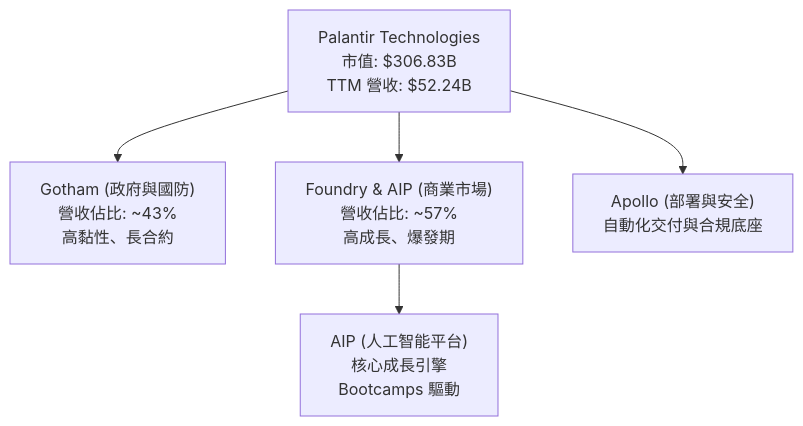
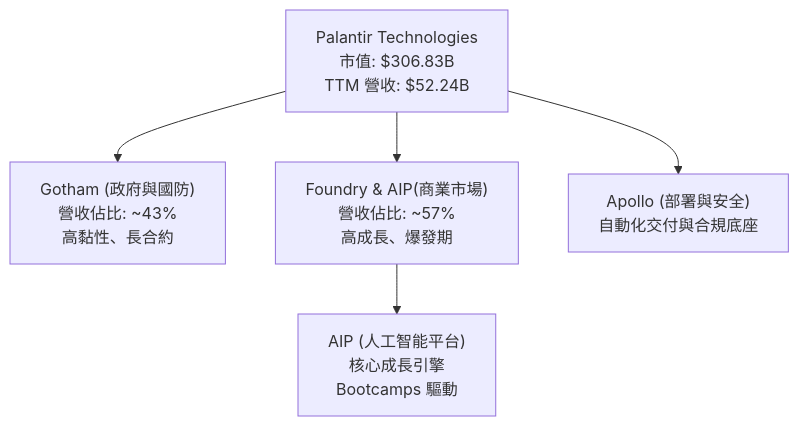
One commit to yennanliu/finance_data changed the second of 10 diagrams in ai_gen_report/stock/pltr/fundamental_analysis_2026-06-14_gemini.md. Above: the diagram before and after it, drawn with Mermaid. The commit also changed 2258 other files, not shown here.

First line of the commit message:
chore: backfill Mermaid syntax repair across existing reports

````diff
--- a/ai_gen_report/stock/pltr/fundamental_analysis_2026-06-14_gemini.md
+++ b/ai_gen_report/stock/pltr/fundamental_analysis_2026-06-14_gemini.md
@@ -139,13 +139,13 @@
 ```mermaid
 graph TD
     PLTR["Palantir Technologies<br/>市值: $306.83B<br/>TTM 營收: $52.24B"]
     GOV["Gotham (政府與國防)<br/>營收佔比: ~43%<br/>高黏性、長合約"]
-    COM["Foundry & AIP (商業市場)<br/>營收佔比: ~57%<br/>高成長、爆發期"]
+    COM["Foundry & AIP(商業市場)<br/>營收佔比: ~57%<br/>高成長、爆發期"]
     APO["Apollo (部署與安全)<br/>自動化交付與合規底座"]
     AIP["AIP (人工智能平台)<br/>核心成長引擎<br/>Bootcamps 驅動"]
 
     PLTR --> GOV
     PLTR --> COM
     COM --> AIP
     PLTR --> APO
 ```
````
